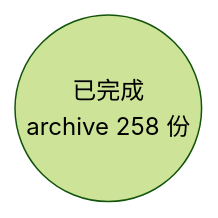
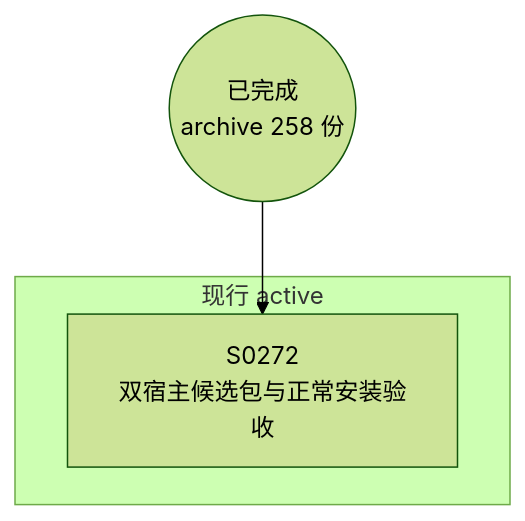
The diagram in docs/specs/dependency-graph.md (Halckon/Koven), drawn with Mermaid (forest theme) before and after one commit. The commit also changed other lines of this file and 9 other files, not shown here.

````diff
--- a/docs/specs/dependency-graph.md
+++ b/docs/specs/dependency-graph.md
@@ -9,4 +9,8 @@
 ```mermaid
 flowchart TD
 ARCH(("已完成<br/>archive 258 份"))
+subgraph Gactive["现行 active"]
+  S0272["S0272<br/>双宿主候选包与正常安装验收"]
+end
+ARCH --> S0272
 ```
````
